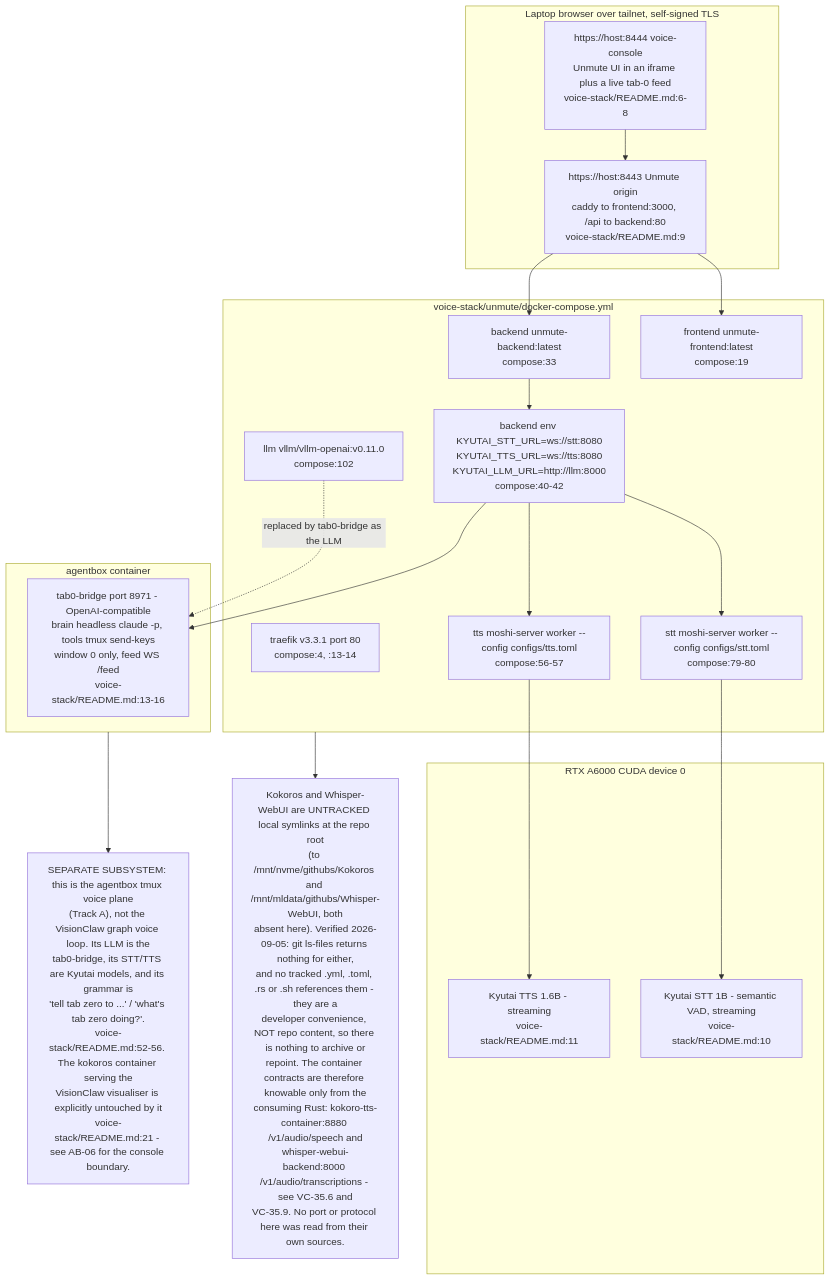
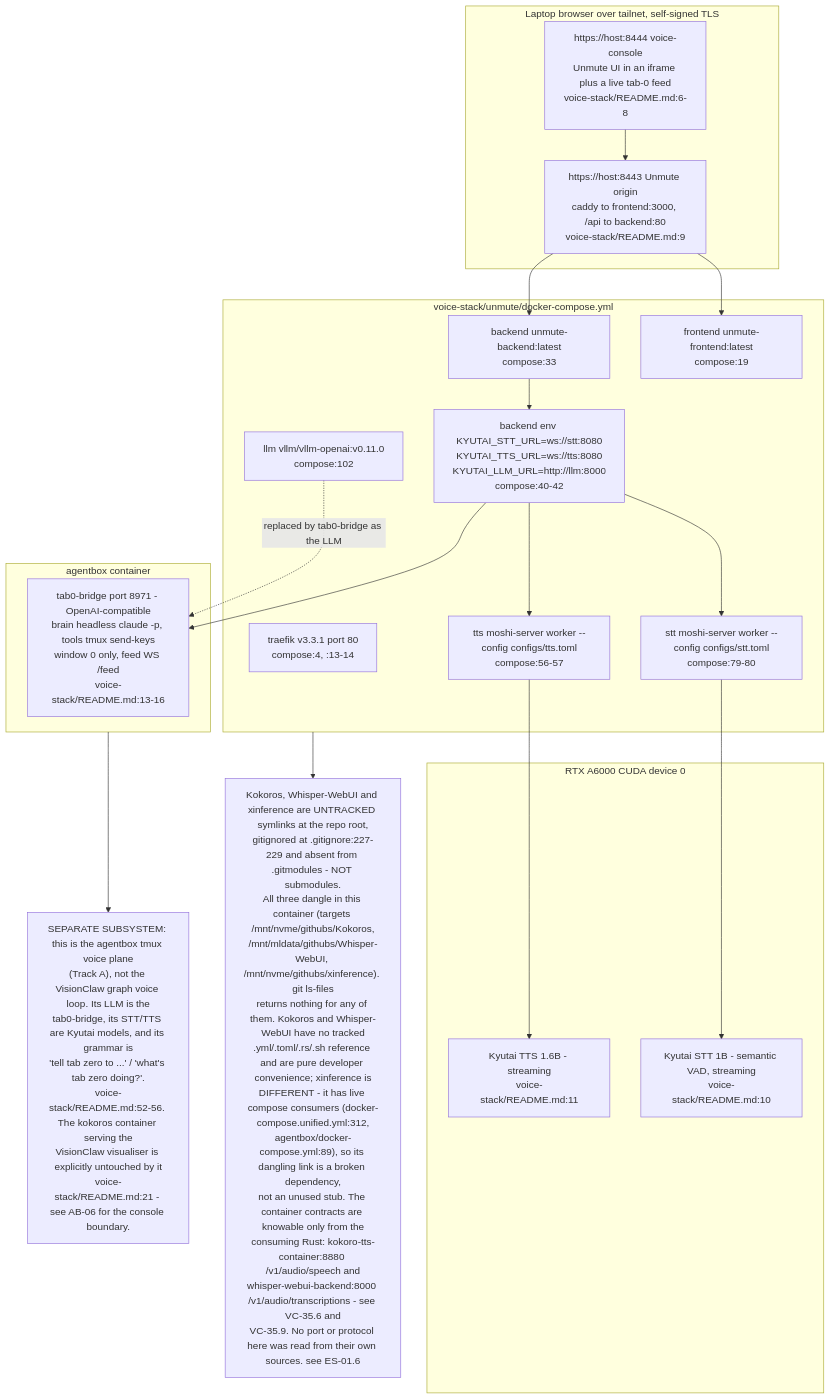
Diagram 12 of 12 in docs/diagrams/visionclaw/35-voice-end-to-end.md (DreamLab-AI/AR-AI-Knowledge-Graph), drawn with Mermaid before and after one commit. The commit also changed other lines of this file and 36 other files, not shown here.

````diff
--- a/docs/diagrams/visionclaw/35-voice-end-to-end.md
+++ b/docs/diagrams/visionclaw/35-voice-end-to-end.md
@@ -578,37 +578,37 @@
 ```mermaid
 flowchart TB
     subgraph lap["Laptop browser over tailnet, self-signed TLS"]
         L1["https://host:8444 voice-console<br/>Unmute UI in an iframe plus a live tab-0 feed<br/>voice-stack/README.md:6-8"]
         L2["https://host:8443 Unmute origin<br/>caddy to frontend:3000, /api to backend:80<br/>voice-stack/README.md:9"]
     end
     subgraph gpu["RTX A6000 CUDA device 0"]
         S1["Kyutai STT 1B - semantic VAD, streaming<br/>voice-stack/README.md:10"]
         S2["Kyutai TTS 1.6B - streaming<br/>voice-stack/README.md:11"]
     end
     subgraph compose["voice-stack/unmute/docker-compose.yml"]
         C1["traefik v3.3.1 port 80<br/>compose:4, :13-14"]
         C2["frontend unmute-frontend:latest<br/>compose:19"]
         C3["backend unmute-backend:latest<br/>compose:33"]
         C4["stt moshi-server worker --config configs/stt.toml<br/>compose:79-80"]
         C5["tts moshi-server worker --config configs/tts.toml<br/>compose:56-57"]
         C6["llm vllm/vllm-openai:v0.11.0<br/>compose:102"]
         C7["backend env KYUTAI_STT_URL=ws://stt:8080<br/>KYUTAI_TTS_URL=ws://tts:8080<br/>KYUTAI_LLM_URL=http://llm:8000<br/>compose:40-42"]
     end
     subgraph box["agentbox container"]
         B1["tab0-bridge port 8971 - OpenAI-compatible<br/>brain headless claude -p, tools tmux send-keys<br/>window 0 only, feed WS /feed<br/>voice-stack/README.md:13-16"]
     end
     L1 --> L2
     L2 --> C2
     L2 --> C3
     C3 --> C7
     C7 --> C4
     C7 --> C5
     C7 --> B1
     C4 --> S1
     C5 --> S2
     C6 -. "replaced by tab0-bridge as the LLM" .-> B1
     box --> SEP
     SEP["SEPARATE SUBSYSTEM: this is the agentbox tmux voice plane<br/>(Track A), not the VisionClaw graph voice loop. Its LLM is the<br/>tab0-bridge, its STT/TTS are Kyutai models, and its grammar is<br/>'tell tab zero to ...' / 'what's tab zero doing?'.<br/>voice-stack/README.md:52-56. The kokoros container serving the<br/>VisionClaw visualiser is explicitly untouched by it<br/>voice-stack/README.md:21 - see AB-06 for the console boundary."]
     compose --> DIV
-    DIV["Kokoros and Whisper-WebUI are UNTRACKED local symlinks at the repo root<br/>(to /mnt/nvme/githubs/Kokoros and /mnt/mldata/githubs/Whisper-WebUI, both<br/>absent here). Verified 2026-09-05: git ls-files returns nothing for either,<br/>and no tracked .yml, .toml, .rs or .sh references them - they are a<br/>developer convenience, NOT repo content, so there is nothing to archive or<br/>repoint. The container contracts are therefore knowable only from the<br/>consuming Rust: kokoro-tts-container:8880 /v1/audio/speech and<br/>whisper-webui-backend:8000 /v1/audio/transcriptions - see VC-35.6 and<br/>VC-35.9. No port or protocol here was read from their own sources."]
+    DIV["Kokoros, Whisper-WebUI and xinference are UNTRACKED symlinks at the repo root,<br/>gitignored at .gitignore:227-229 and absent from .gitmodules - NOT submodules.<br/>All three dangle in this container (targets /mnt/nvme/githubs/Kokoros,<br/>/mnt/mldata/githubs/Whisper-WebUI, /mnt/nvme/githubs/xinference). git ls-files<br/>returns nothing for any of them. Kokoros and Whisper-WebUI have no tracked<br/>.yml/.toml/.rs/.sh reference and are pure developer convenience; xinference is<br/>DIFFERENT - it has live compose consumers (docker-compose.unified.yml:312,<br/>agentbox/docker-compose.yml:89), so its dangling link is a broken dependency,<br/>not an unused stub. The container contracts are knowable only from the<br/>consuming Rust: kokoro-tts-container:8880 /v1/audio/speech and<br/>whisper-webui-backend:8000 /v1/audio/transcriptions - see VC-35.6 and<br/>VC-35.9. No port or protocol here was read from their own sources. see ES-01.6"]
 ```
````
